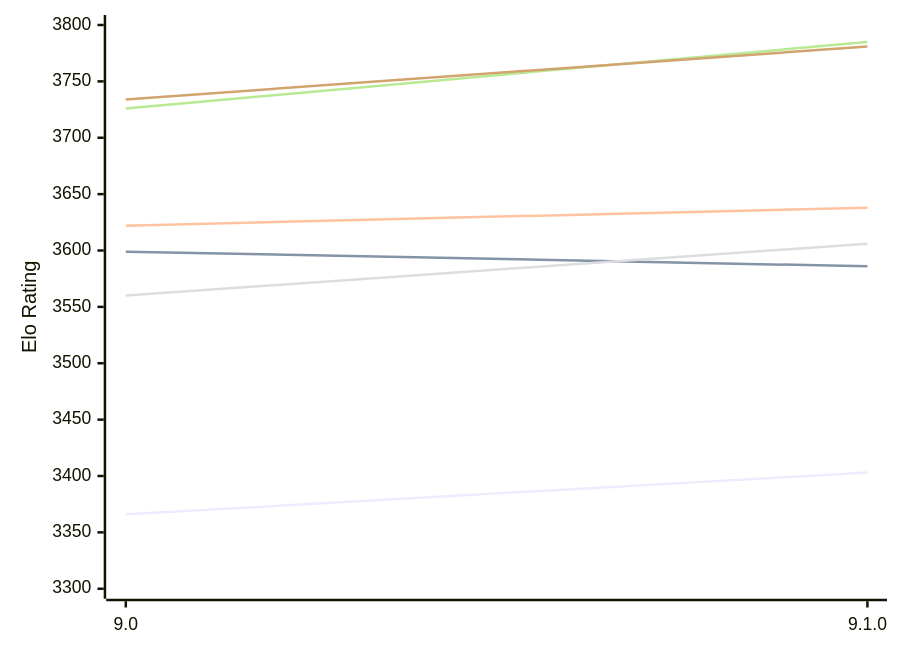
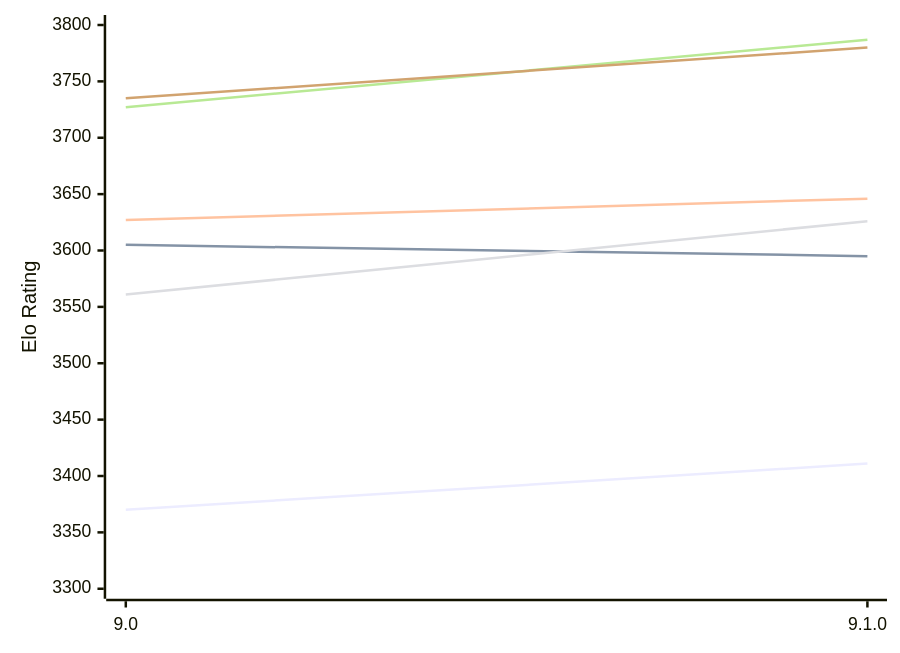
One commit to computer-chess-index/cci changed the first of 2 diagrams in engines/Alexandria.md. Above: the diagram before and after it, drawn with Mermaid. The commit also changed other lines of this file, not shown here.

Commit message:
Update CCI Ratings (ELO VLTC) - 2026-10-17

````diff
--- a/engines/Alexandria.md
+++ b/engines/Alexandria.md
@@ -54,12 +54,12 @@
 ```mermaid
 %%{init: {"theme":"base","themeVariables":{"seriesColors:['#a3a3a3','#222221','#faa371']}}}%%
 xychart-beta
   x-axis ["9.0", "9.1.0"]
   y-axis "Elo Rating" 3300 --> 3800
-  line "E1: STC (8.0+0.08s)" [3366, 3403]
-  line "E1: LTC (60.0+0.60s)" [3599, 3586]
-  line "E1: VLTC (2m24s+1.12s)" [3622, 3638]
-  line "P1: STC (8.0+0.08s)" [3560, 3606]
-  line "P1: LTC (60.0+0.60s)" [3726, 3785]
-  line "P1: VLTC (2m24s+1.12s)" [3734, 3781]
+  line "E1: STC (8.0+0.08s)" [3370, 3411]
+  line "E1: LTC (60.0+0.60s)" [3605, 3595]
+  line "E1: VLTC (2m24s+1.12s)" [3627, 3646]
+  line "P1: STC (8.0+0.08s)" [3561, 3626]
+  line "P1: LTC (60.0+0.60s)" [3727, 3787]
+  line "P1: VLTC (2m24s+1.12s)" [3735, 3780]
 ```
````
